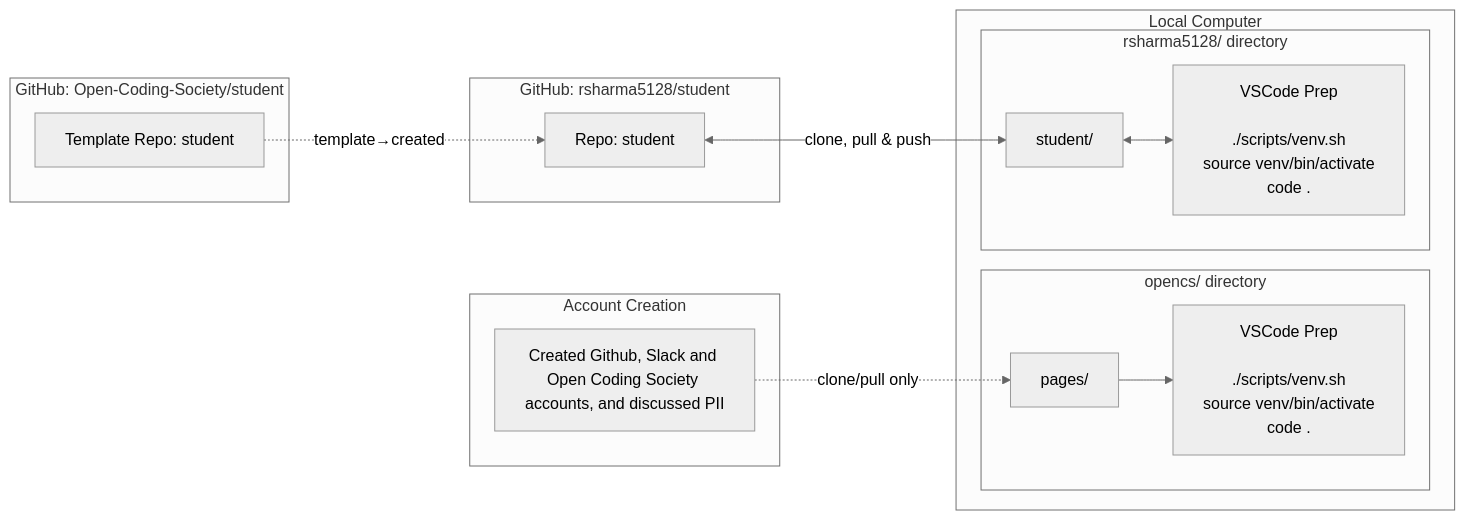
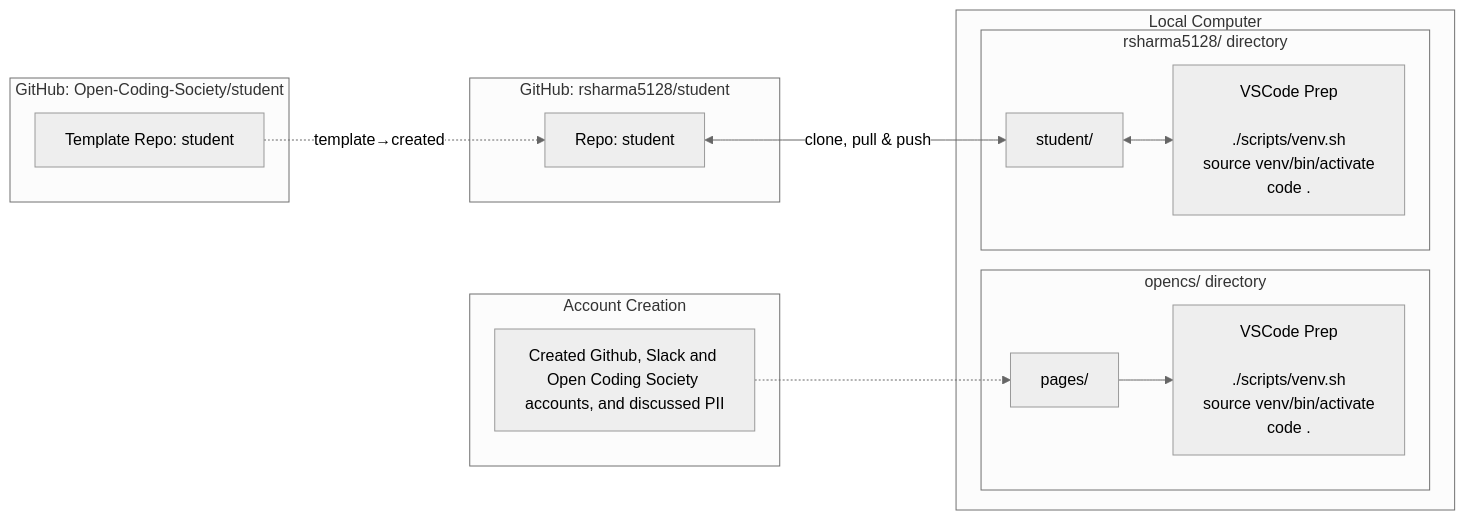
The second of 2 diagrams in navigation/journey.md (rsharma5128/student), drawn with Mermaid (neutral theme) before and after one commit.

Commit message:
removing desc from arrows

````diff
--- a/navigation/journey.md
+++ b/navigation/journey.md
@@ -59,39 +59,39 @@
 ```mermaid
 flowchart LR
     %% GitHub Sources
     subgraph GitHub_Pages[Account Creation]
         A[Created Github, Slack and Open Coding Society accounts, and discussed PII]:::repo
     end
 
     subgraph GitHub_Template[GitHub: Open-Coding-Society/student]
         T[Template Repo: student]:::repo
     end
 
     subgraph GitHub_Student[GitHub: rsharma5128/student]
         B[Repo: student]:::repo
     end
 
     %% Local Computer
     subgraph Local[Local Computer]
         subgraph opencs_dir[opencs/ directory]
             C[pages/]:::local
             Ccmd[VSCode Prep<br/><br/>./scripts/venv.sh<br/>source venv/bin/activate<br/>code .]:::cmd
         end
         subgraph user_dir[rsharma5128/ directory]
             D[student/]:::local
             Dcmd[VSCode Prep<br/><br/>./scripts/venv.sh<br/>source venv/bin/activate<br/>code .]:::cmd
         end
     end
 
     %% Arrows: cloning
-    A -.->|clone/pull only| C
+    A -.-> C
     B <--> |clone, pull & push| D
 
     %% Arrows: template relationship
     T -.->|template→created| B
 
     %% Arrows: commands
     C --> Ccmd
     D <--> Dcmd
 
 ```
````
